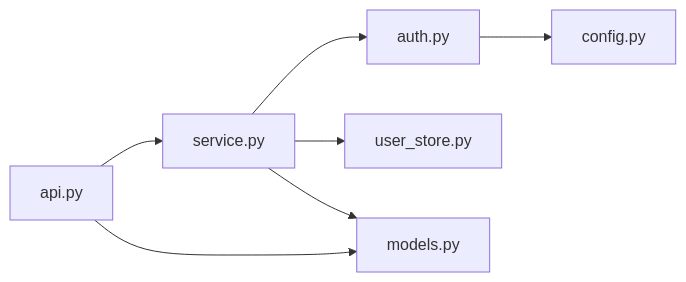
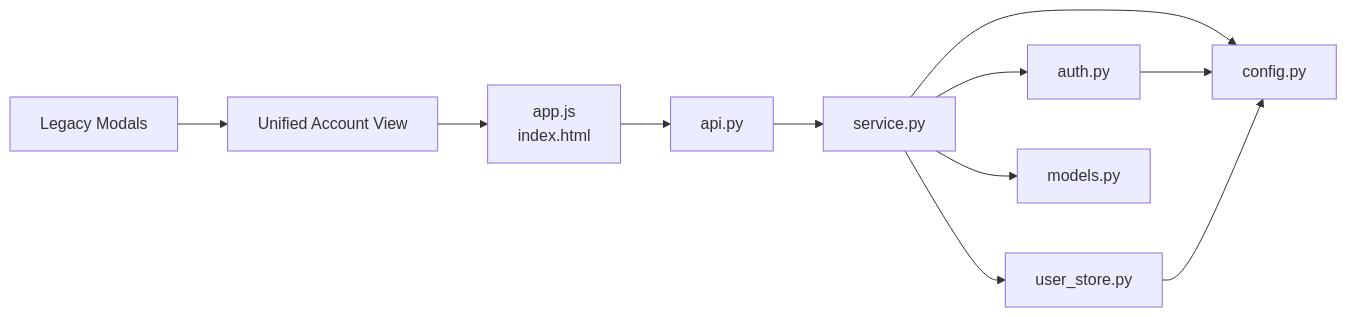
One commit to intellistream/sage-mate changed diagram 14 of 14 in .qoder/repowiki/en/content/Core Components/Authentication System.md. Above: the diagram before and after it, drawn with Mermaid. The commit also changed other lines of this file and 115 other files, not shown here.

````diff
--- a/.qoder/repowiki/en/content/Core Components/Authentication System.md
+++ b/.qoder/repowiki/en/content/Core Components/Authentication System.md
@@ -427,9 +584,13 @@
 ```mermaid
 graph LR
 API["api.py"] --> SVC["service.py"]
 SVC --> AUTH["auth.py"]
 SVC --> USTORE["user_store.py"]
-AUTH --> CFG["config.py"]
-API --> MODELS["models.py"]
-SVC --> MODELS
+SVC --> MODELS["models.py"]
+SVC --> CFG["config.py"]
+AUTH --> CFG
+USTORE --> CFG
+FRONT["app.js<br/>index.html"] --> API
+UNIFIEDVIEW["Unified Account View"] --> FRONT
+LEGACYMODALS["Legacy Modals"] --> UNIFIEDVIEW
 ```
````
